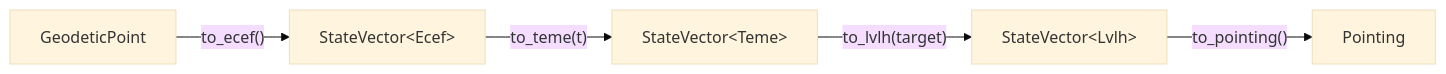
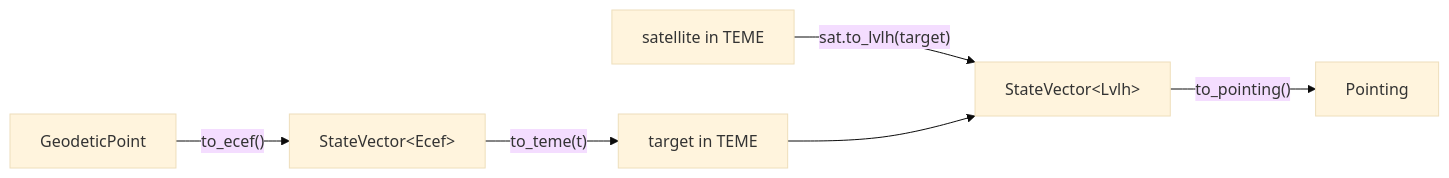
Before and after one commit to steg87/sgp4-predict: the second of 2 diagrams in docs/coordinate-frames.md, drawn with Mermaid (base theme). The commit also changed other lines of this file and 5 other files, not shown here.

````diff
--- a/docs/coordinate-frames.md
+++ b/docs/coordinate-frames.md
@@ -41,8 +41,8 @@
 ```mermaid
 flowchart LR
-    GP["GeodeticPoint"]
-    -->|"to_ecef()"| ECEF2["StateVector&lt;Ecef&gt;"]
-    -->|"to_teme(t)"| TEME2["StateVector&lt;Teme&gt;"]
-    -->|"to_lvlh(target)"| LVLH["StateVector&lt;Lvlh&gt;"]
-    -->|"to_pointing()"| PT["Pointing"]
+    GP["GeodeticPoint"] -->|"to_ecef()"| ECEF2["StateVector&lt;Ecef&gt;"]
+    ECEF2 -->|"to_teme(t)"| TGT["target in TEME"]
+    SAT["satellite in TEME"] -->|"sat.to_lvlh(target)"| LVLH["StateVector&lt;Lvlh&gt;"]
+    TGT --> LVLH
+    LVLH -->|"to_pointing()"| PT["Pointing"]
 ```
````
